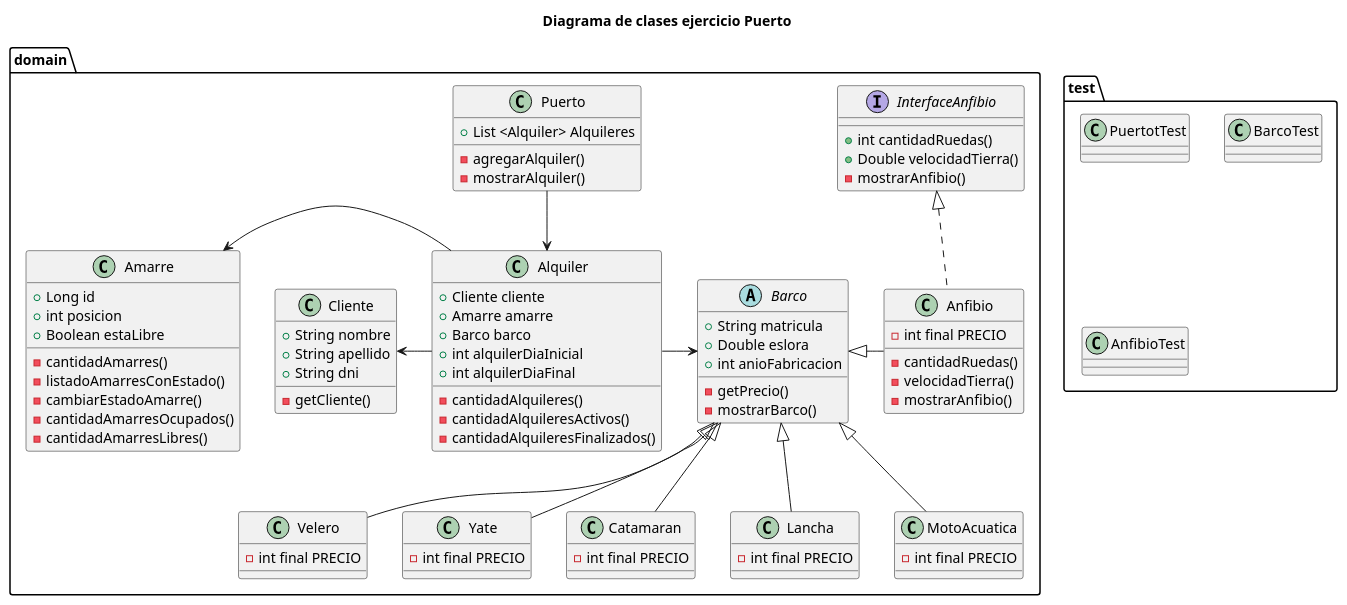
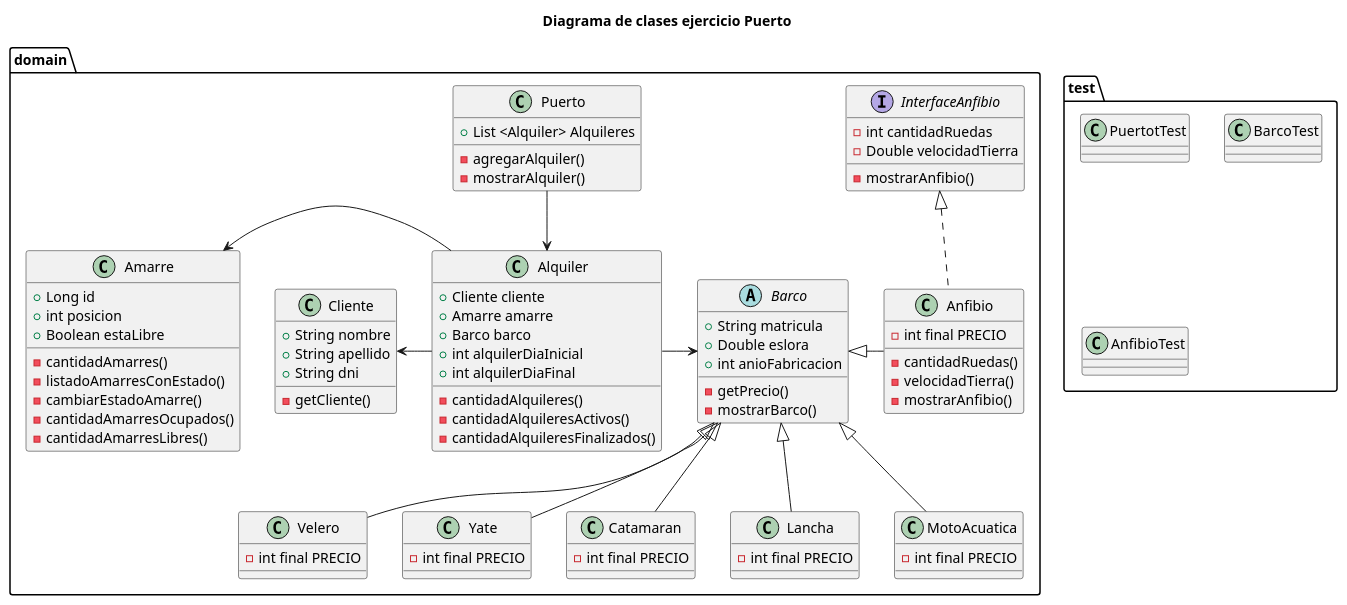
The diagram in src/doc/diagrama-clases.puml (gioruanova/dvpoo20232cpuertoruanovajorge), drawn with PlantUML before and after one commit. The commit also changed 17 other files, not shown here.

```diff
--- a/src/doc/diagrama-clases.puml
+++ b/src/doc/diagrama-clases.puml
@@ -1,117 +1,117 @@
 @startuml
 
 title Diagrama de clases ejercicio Puerto
 
 
 package domain{
 
 	class Puerto {
 	+List <Alquiler> Alquileres
 	
 	-agregarAlquiler()
 	-mostrarAlquiler()
 	}
 
 	class Alquiler {
 	+Cliente cliente
 	+Amarre amarre
 	+Barco barco
 	+int alquilerDiaInicial
 	+int alquilerDiaFinal
 	
 	-cantidadAlquileres()
 	-cantidadAlquileresActivos()
 	-cantidadAlquileresFinalizados()
 	}
 
 	class Amarre {
 	+Long id
 	+int posicion
 	+Boolean estaLibre
 	
 	-cantidadAmarres()
 	-listadoAmarresConEstado()
 	-cambiarEstadoAmarre()
 	-cantidadAmarresOcupados()
 	-cantidadAmarresLibres()
 	
 	
 	}
 
 	class Cliente {
 	+String nombre
 	+String apellido
 	+String dni
 	
 	-getCliente()
 	}
 
 	abstract class Barco {
 	+String matricula
 	+Double eslora
 	+int anioFabricacion
 	
 	-getPrecio()
 	-mostrarBarco()
 	}
 	
 
 	
 	class Velero{
 	-int final PRECIO
 	}
 	
 		class Yate{
 	-int final PRECIO
 	}
 	
 		class Catamaran{
 	-int final PRECIO
 	}
 	
 		class Lancha{
 	-int final PRECIO
 	}
 	
 		class MotoAcuatica{
 	-int final PRECIO
 	}
 	
 		class Anfibio{
 	-int final PRECIO
 	-cantidadRuedas()
 	-velocidadTierra()
 	-mostrarAnfibio()
 	}
 	
 		interface  InterfaceAnfibio{
-	+int cantidadRuedas()
-	+Double velocidadTierra()
+	-int cantidadRuedas
+	-Double velocidadTierra
 		-mostrarAnfibio()
 	}
 	
 }
 
 	package test{
 	class PuertotTest
 	class BarcoTest
 	class AnfibioTest
 	}
 	
 Puerto --> Alquiler
 Alquiler -left-> Amarre
 Alquiler -left-> Cliente
 Alquiler -right-> Barco
 
 Barco <|-- Velero
 Barco <|-- Yate
 Barco <|-- Catamaran
 Barco <|-- Lancha
 Barco <|-right- Anfibio
 Barco <|-- MotoAcuatica
 
 InterfaceAnfibio <|.. Anfibio
 
 
 
 @enduml
```
